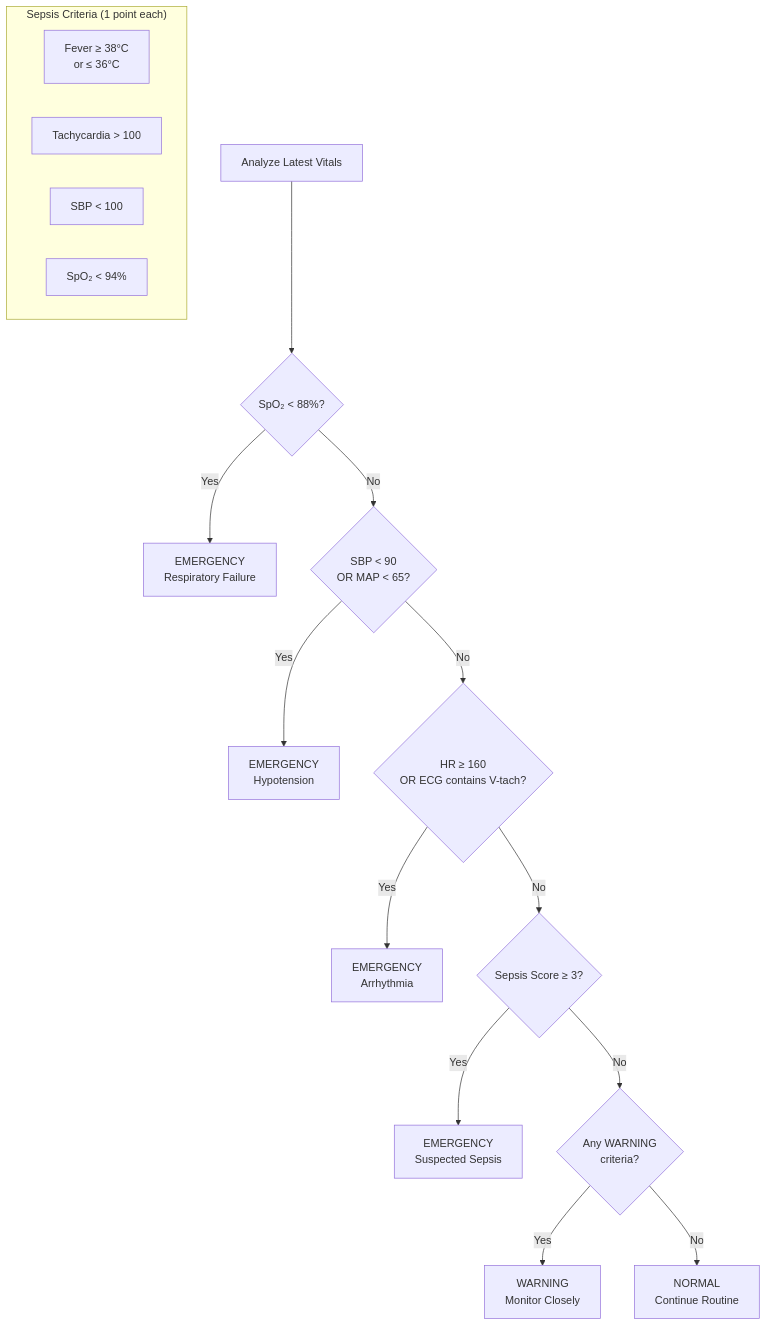
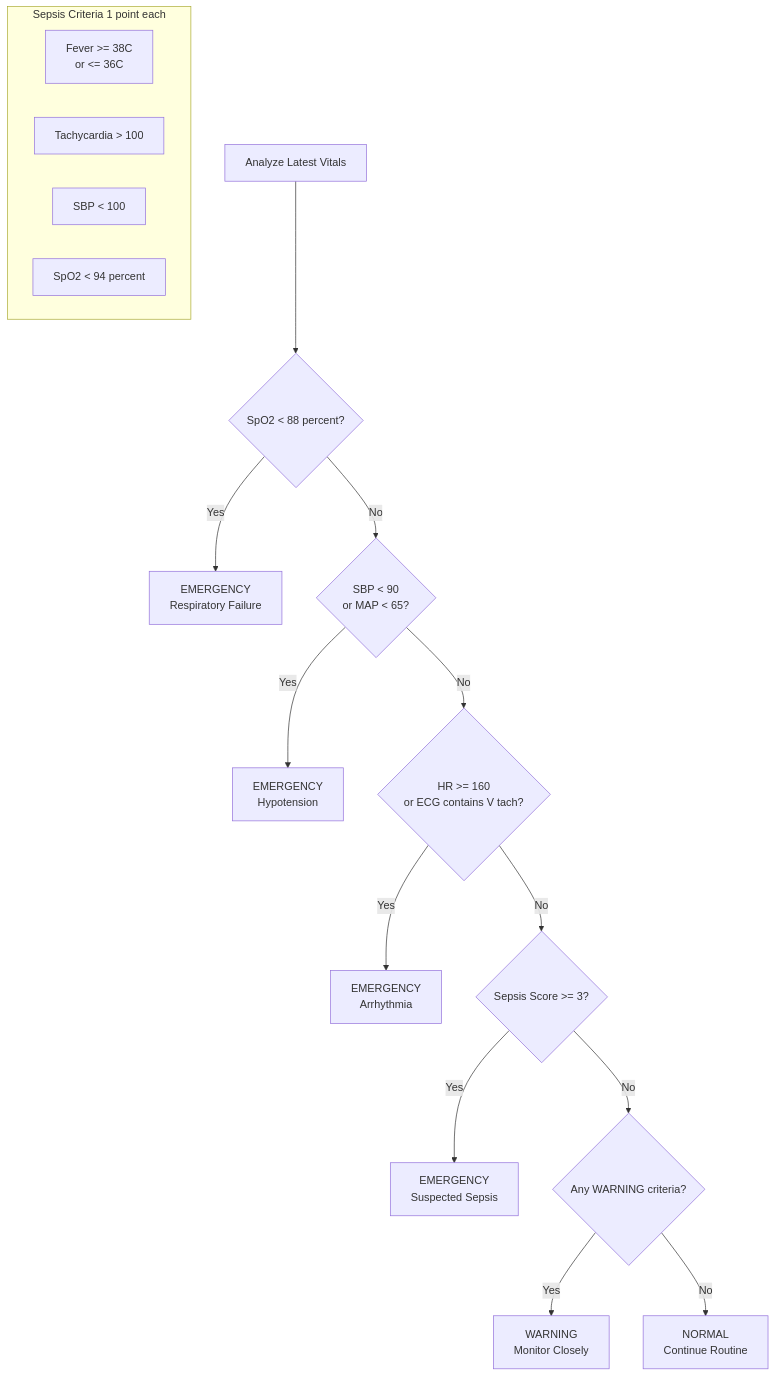
The fifth of 5 diagrams in ARCHITECTURE_MERMAID.md (zaff3r-githubid/ai-based-patient-monitor-application), drawn with Mermaid before and after one commit. The commit also changed other lines of this file, not shown here.

````diff
--- a/ARCHITECTURE_MERMAID.md
+++ b/ARCHITECTURE_MERMAID.md
@@ -155,25 +155,25 @@
 ```mermaid
 flowchart TD
-    E1[Analyze Latest Vitals] --> E2{SpO₂ < 88%?}
-    E2 -->|Yes| E3[EMERGENCY<br/>Respiratory Failure]
-    E2 -->|No| E4{SBP < 90<br/>OR MAP < 65?}
+  E1[Analyze Latest Vitals] --> E2{SpO2 < 88 percent?}
+  E2 -->|Yes| E3[EMERGENCY<br>Respiratory Failure]
+  E2 -->|No| E4{SBP < 90<br>or MAP < 65?}
 
-    E4 -->|Yes| E5[EMERGENCY<br/>Hypotension]
-    E4 -->|No| E6{HR ≥ 160<br/>OR ECG contains V-tach?}
+  E4 -->|Yes| E5[EMERGENCY<br>Hypotension]
+  E4 -->|No| E6{HR >= 160<br>or ECG contains V tach?}
 
-    E6 -->|Yes| E7[EMERGENCY<br/>Arrhythmia]
-    E6 -->|No| E8{Sepsis Score ≥ 3?}
+  E6 -->|Yes| E7[EMERGENCY<br>Arrhythmia]
+  E6 -->|No| E8{Sepsis Score >= 3?}
 
-    E8 -->|Yes| E9[EMERGENCY<br/>Suspected Sepsis]
-    E8 -->|No| E10{Any WARNING<br/>criteria?}
+  E8 -->|Yes| E9[EMERGENCY<br>Suspected Sepsis]
+  E8 -->|No| E10{Any WARNING criteria?}
 
-    E10 -->|Yes| E11[WARNING<br/>Monitor Closely]
-    E10 -->|No| E12[NORMAL<br/>Continue Routine]
+  E10 -->|Yes| E11[WARNING<br>Monitor Closely]
+  E10 -->|No| E12[NORMAL<br>Continue Routine]
 
-    subgraph S["Sepsis Criteria (1 point each)"]
-        S1[Fever ≥ 38°C<br/>or ≤ 36°C]
-        S2[Tachycardia > 100]
-        S3[SBP < 100]
-        S4[SpO₂ < 94%]
-    end
+  subgraph S["Sepsis Criteria 1 point each"]
+    S1[Fever >= 38C<br>or <= 36C]
+    S2[Tachycardia > 100]
+    S3[SBP < 100]
+    S4[SpO2 < 94 percent]
+  end
 ```
````
